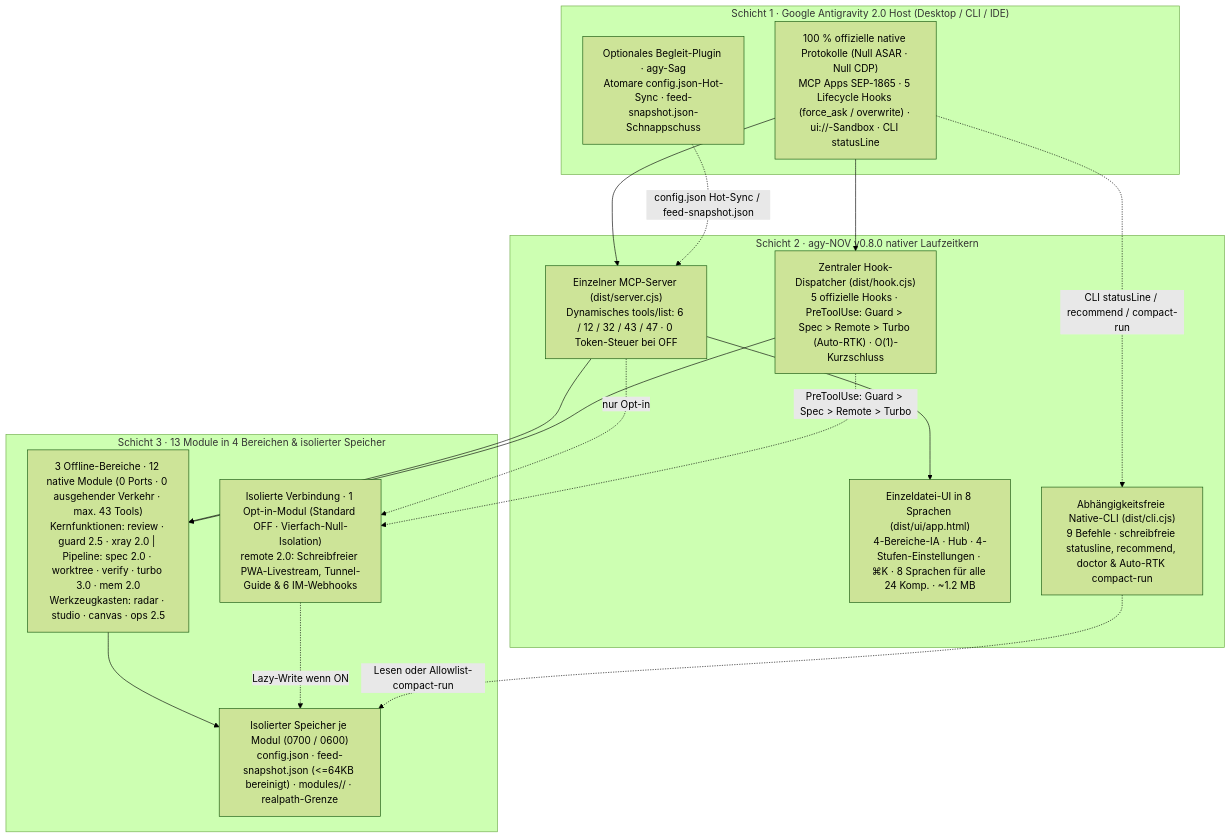
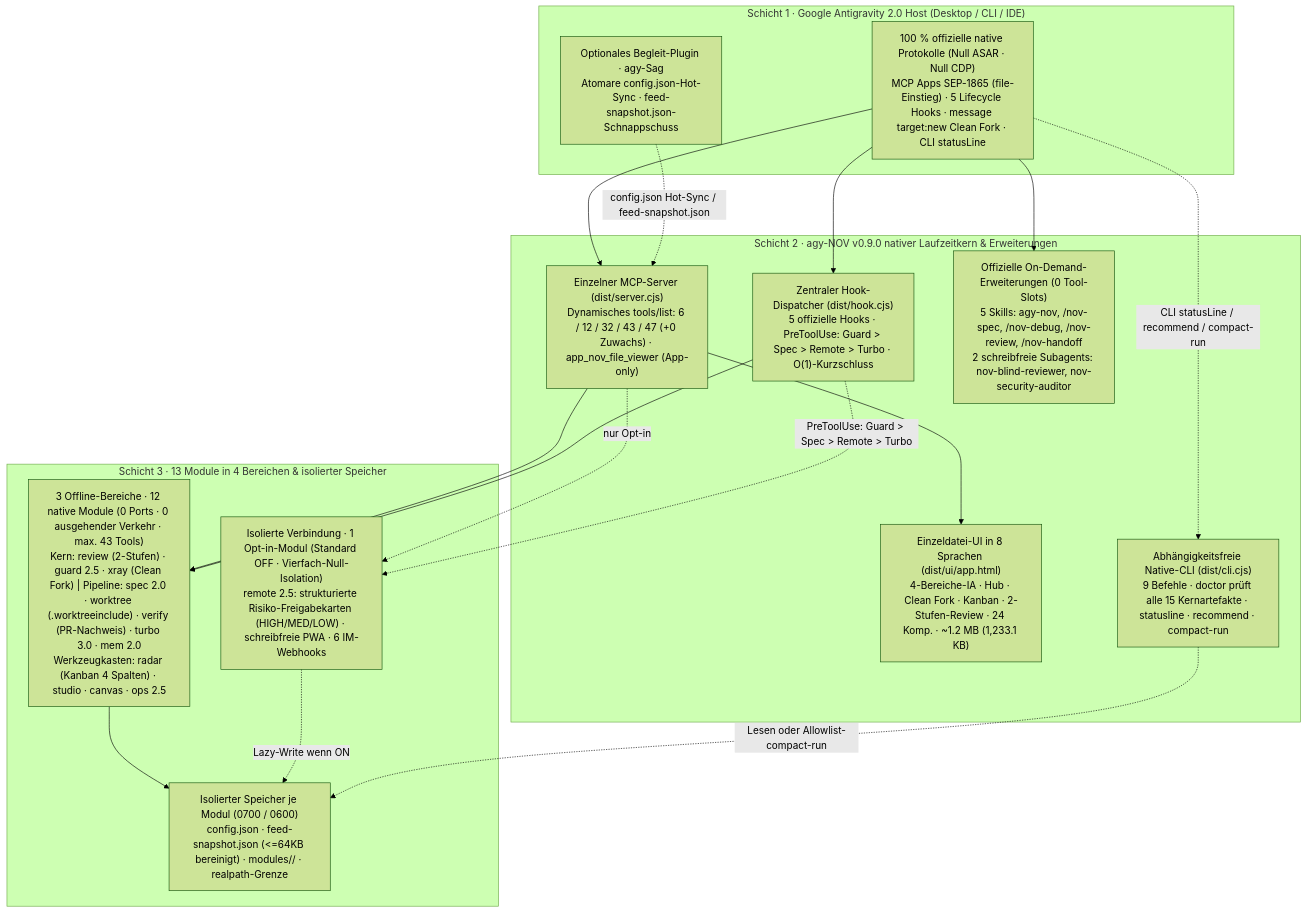
One commit to tone-leh/agy-NOV changed the diagram in docs/i18n/README.de.md. Above: the diagram before and after it, drawn with Mermaid (forest theme). The commit also changed other lines of this file and 72 other files, not shown here.

Commit message:
release: v0.9.0 — E2E pipeline chain, One-Click Clean Fork, 4 slash playbooks, 2 read-only subagents, native file viewer & Remote 2.5 risk cards

````diff
--- a/docs/i18n/README.de.md
+++ b/docs/i18n/README.de.md
@@ -217,33 +233,35 @@
 ```mermaid
 flowchart TB
   subgraph L1["Schicht 1 · Google Antigravity 2.0 Host (Desktop / CLI / IDE)"]
-    Host["100 % offizielle native Protokolle (Null ASAR · Null CDP)\nMCP Apps SEP-1865 · 5 Lifecycle Hooks (force_ask / overwrite) · ui://-Sandbox · CLI statusLine"]
+    Host["100 % offizielle native Protokolle (Null ASAR · Null CDP)\nMCP Apps SEP-1865 (file-Einstieg) · 5 Lifecycle Hooks · message target:new Clean Fork · CLI statusLine"]
     Sag["Optionales Begleit-Plugin · agy-Sag\nAtomare config.json-Hot-Sync · feed-snapshot.json-Schnappschuss"]
   end
 
-  subgraph L2["Schicht 2 · agy-NOV v0.8.0 nativer Laufzeitkern"]
-    MCP["Einzelner MCP-Server (dist/server.cjs)\nDynamisches tools/list: 6 / 12 / 32 / 43 / 47 · 0 Token-Steuer bei OFF"]
-    Hook["Zentraler Hook-Dispatcher (dist/hook.cjs)\n5 offizielle Hooks · PreToolUse: Guard > Spec > Remote > Turbo (Auto-RTK) · O(1)-Kurzschluss"]
-    UI["Einzeldatei-UI in 8 Sprachen (dist/ui/app.html)\n4-Bereiche-IA · Hub · 4-Stufen-Einstellungen · ⌘K · 8 Sprachen für alle 24 Komp. · ~1.2 MB"]
-    CLI["Abhängigkeitsfreie Native-CLI (dist/cli.cjs)\n9 Befehle · schreibfreie statusline, recommend, doctor & Auto-RTK compact-run"]
+  subgraph L2["Schicht 2 · agy-NOV v0.9.0 nativer Laufzeitkern & Erweiterungen"]
+    MCP["Einzelner MCP-Server (dist/server.cjs)\nDynamisches tools/list: 6 / 12 / 32 / 43 / 47 (+0 Zuwachs) · app_nov_file_viewer (App-only)"]
+    Hook["Zentraler Hook-Dispatcher (dist/hook.cjs)\n5 offizielle Hooks · PreToolUse: Guard > Spec > Remote > Turbo · O(1)-Kurzschluss"]
+    UI["Einzeldatei-UI in 8 Sprachen (dist/ui/app.html)\n4-Bereiche-IA · Hub · Clean Fork · Kanban · 2-Stufen-Review · 24 Komp. · ~1.2 MB (1,233.1 KB)"]
+    Ext["Offizielle On-Demand-Erweiterungen (0 Tool-Slots)\n5 Skills: agy-nov, /nov-spec, /nov-debug, /nov-review, /nov-handoff\n2 schreibfreie Subagents: nov-blind-reviewer, nov-security-auditor"]
+    CLI["Abhängigkeitsfreie Native-CLI (dist/cli.cjs)\n9 Befehle · doctor prüft alle 15 Kernartefakte · statusline · recommend · compact-run"]
   end
 
   subgraph L3["Schicht 3 · 13 Module in 4 Bereichen & isolierter Speicher"]
-    T1["3 Offline-Bereiche · 12 native Module (0 Ports · 0 ausgehender Verkehr · max. 43 Tools)\nKernfunktionen: review · guard 2.5 · xray 2.0 | Pipeline: spec 2.0 · worktree · verify · turbo 3.0 · mem 2.0\nWerkzeugkasten: radar · studio · canvas · ops 2.5"]
-    T2R["Isolierte Verbindung · 1 Opt-in-Modul (Standard OFF · Vierfach-Null-Isolation)\nremote 2.0: Schreibfreier PWA-Livestream, Tunnel-Guide & 6 IM-Webhooks"]
+    T1["3 Offline-Bereiche · 12 native Module (0 Ports · 0 ausgehender Verkehr · max. 43 Tools)\nKern: review (2-Stufen) · guard 2.5 · xray (Clean Fork) | Pipeline: spec 2.0 · worktree (.worktreeinclude) · verify (PR-Nachweis) · turbo 3.0 · mem 2.0\nWerkzeugkasten: radar (Kanban 4 Spalten) · studio · canvas · ops 2.5"]
+    T2R["Isolierte Verbindung · 1 Opt-in-Modul (Standard OFF · Vierfach-Null-Isolation)\nremote 2.5: strukturierte Risiko-Freigabekarten (HIGH/MED/LOW) · schreibfreie PWA · 6 IM-Webhooks"]
     Store["Isolierter Speicher je Modul (0700 / 0600)\nconfig.json · feed-snapshot.json (<=64KB bereinigt) · modules/<id>/ · realpath-Grenze"]
   end
 
   Host --> MCP
   Host --> Hook
+  Host --> Ext
   Host -. "CLI statusLine / recommend / compact-run" .-> CLI
   Sag -. "config.json Hot-Sync / feed-snapshot.json" .-> MCP
   MCP --> UI
   MCP --> T1
   MCP -. "nur Opt-in" .-> T2R
   Hook --> T1
   Hook -. "PreToolUse: Guard > Spec > Remote > Turbo" .-> T2R
   T1 --> Store
   T2R -. "Lazy-Write wenn ON" .-> Store
   CLI -. "Lesen oder Allowlist-compact-run" .-> Store
 ```
````
